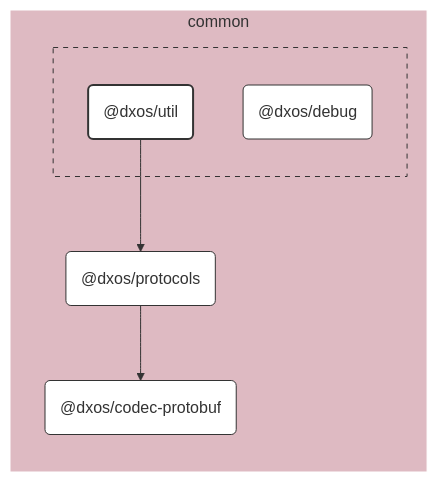
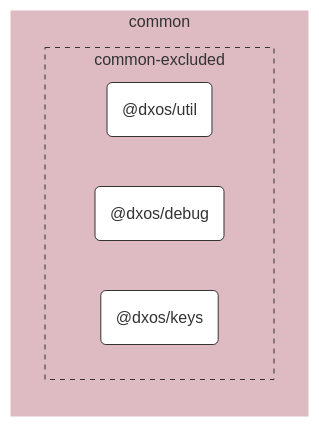
Before and after one commit to dxos/dxos: the diagram in packages/common/util/docs/README.md, drawn with Mermaid. The commit also changed other lines of this file and 683 other files, not shown here.

````diff
--- a/packages/common/util/docs/README.md
+++ b/packages/common/util/docs/README.md
@@ -7,41 +7,28 @@
 ```mermaid
 %%{ init: {'flowchart':{'curve':'basis'}} }%%
 
 flowchart LR
 
-%% Links
-dxos/protocols --> dxos/codec-protobuf;
-dxos/util --> dxos/protocols;
+%% Classes
+classDef def fill:#fff,stroke:#333,stroke-width:1px
+classDef root fill:#fff,stroke:#333,stroke-width:4px
 
-%% Sections
-subgraph common
-  style common fill:#debac2,stroke:#fff;
+%% Nodes
 
-  dxos/codec-protobuf("@dxos/codec-protobuf")
-  dxos/protocols("@dxos/protocols")
+subgraph common [common]
+  style common fill:#debac2,stroke:#fff
 
-  subgraph common-excluded [ ]
-    style common-excluded fill:#debac2,stroke:#333,stroke-dasharray:5 5;
-
-    dxos/debug("@dxos/debug")
-    dxos/util("@dxos/util")
+  subgraph common-excluded [common-excluded]
+    style common-excluded fill:#debac2,stroke:#333,stroke-dasharray:5 5
+    dxos/util("@dxos/util"):::def
+    click dxos/util "dxos/dxos/tree/main/packages/common/util/docs"
+    dxos/debug("@dxos/debug"):::def
+    click dxos/debug "dxos/dxos/tree/main/packages/common/debug/docs"
+    dxos/keys("@dxos/keys"):::def
+    click dxos/keys "dxos/dxos/tree/main/packages/common/keys/docs"
   end
 end
 
-
-%% Hyperlinks
-click dxos/codec-protobuf "dxos/dxos/tree/main/packages/common/codec-protobuf/docs";
-click dxos/debug "dxos/dxos/tree/main/packages/common/debug/docs";
-click dxos/protocols "dxos/dxos/tree/main/packages/common/protocols/docs";
-
-%% Styles
-classDef rootNode fill:#fff,stroke:#333,stroke-width:2px
-classDef defaultNode fill:#fff,stroke:#333,stroke-width:1px
+%% Links
 linkStyle default stroke:#333,stroke-width:1px
-
-dxos/util:::rootNode
-
-dxos/codec-protobuf:::defaultNode
-dxos/debug:::defaultNode
-dxos/protocols:::defaultNode
 ```
````
